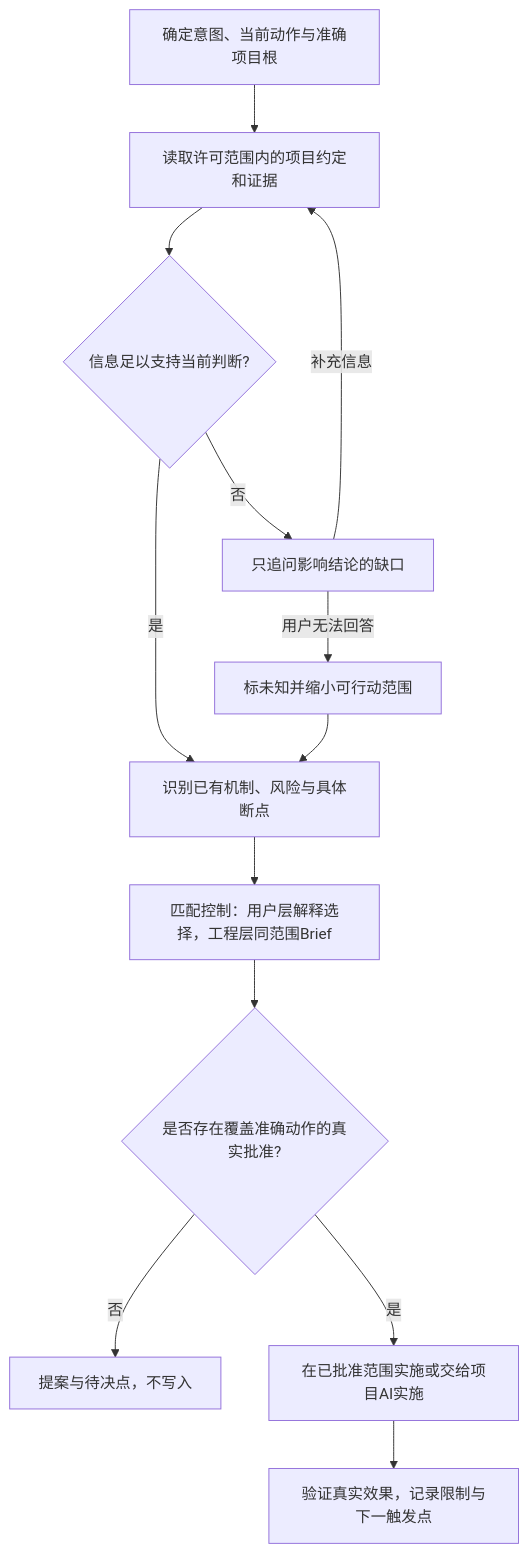
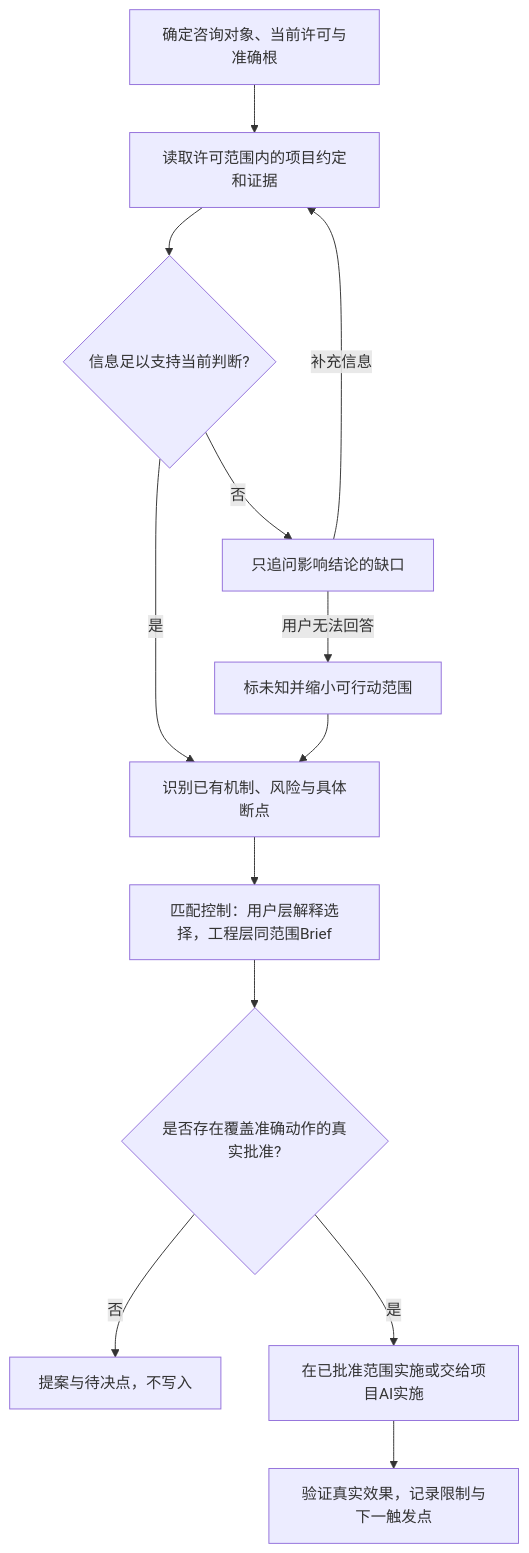
One commit to futouhaha/engineering-foundation-steward changed the diagram in skills/engineering-foundation-steward/references/02_JOURNEYS_AND_CONTRACTS.md. Above: the diagram before and after it, drawn with Mermaid. The commit also changed other lines of this file and 15 other files, not shown here.

````diff
--- a/skills/engineering-foundation-steward/references/02_JOURNEYS_AND_CONTRACTS.md
+++ b/skills/engineering-foundation-steward/references/02_JOURNEYS_AND_CONTRACTS.md
@@ -7,15 +7,15 @@
 ```mermaid
 flowchart TB
-  A[确定意图、当前动作与准确项目根] --> B[读取许可范围内的项目约定和证据]
+  A[确定咨询对象、当前许可与准确根] --> B[读取许可范围内的项目约定和证据]
   B --> C{信息足以支持当前判断?}
   C -->|否| D[只追问影响结论的缺口]
   D -->|用户无法回答| E[标未知并缩小可行动范围]
   D -->|补充信息| B
   C -->|是| F[识别已有机制、风险与具体断点]
   E --> F
   F --> G[匹配控制：用户层解释选择，工程层同范围Brief]
   G --> H{是否存在覆盖准确动作的真实批准?}
   H -->|否| I[提案与待决点，不写入]
   H -->|是| J[在已批准范围实施或交给项目AI实施]
   J --> K[验证真实效果，记录限制与下一触发点]
 ```
````
